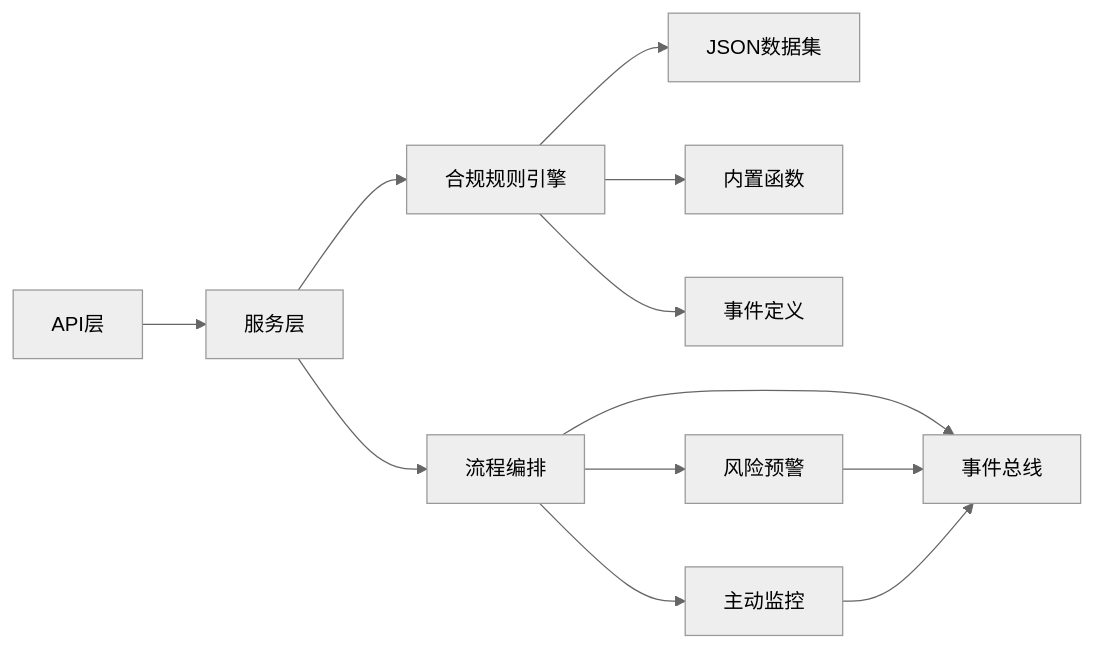
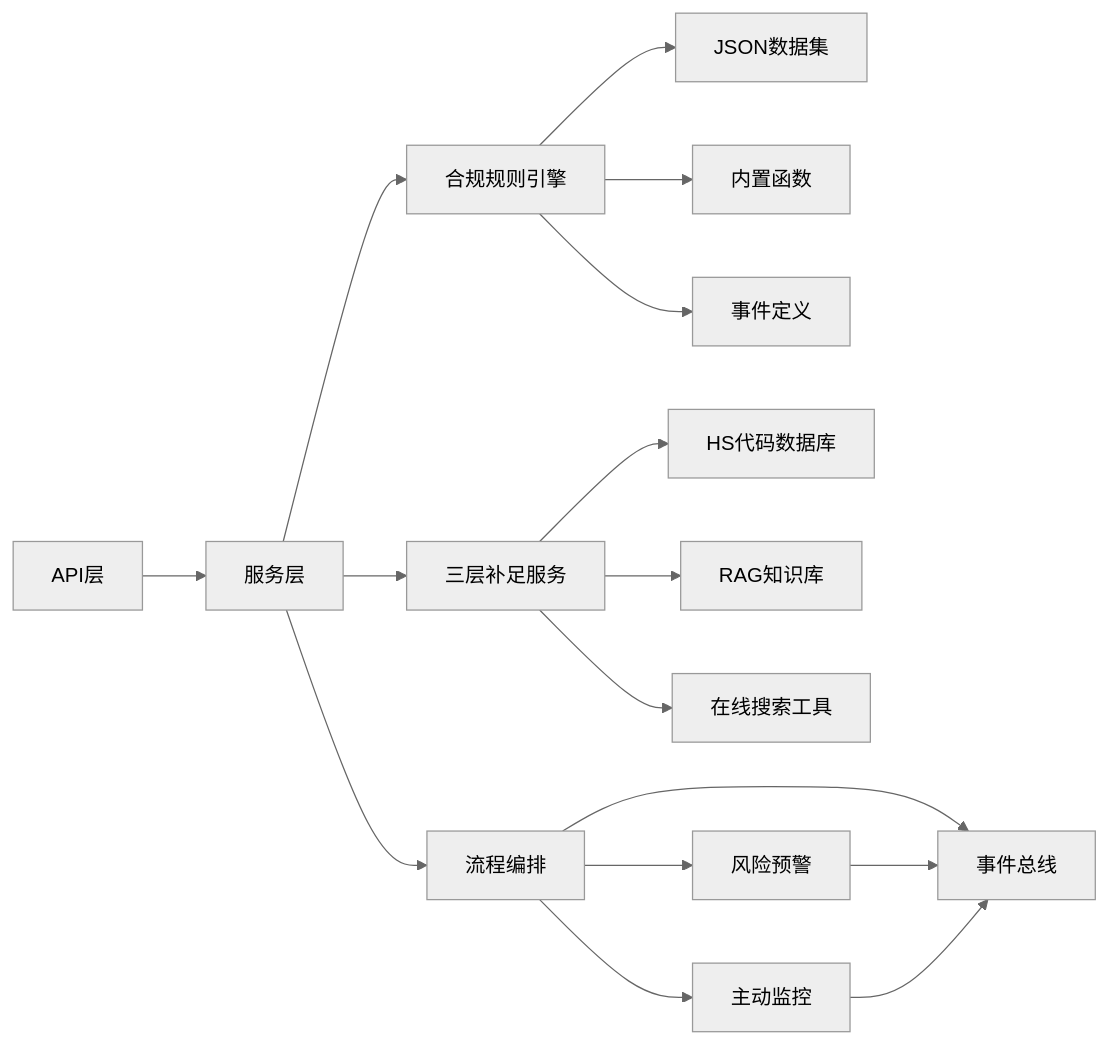
The tenth of 10 diagrams in .qoder/repowiki/zh/content/核心业务模块/合规检查系统/合规检查系统.md (angledick/-), drawn with Mermaid (neutral theme) before and after one commit. The commit also changed other lines of this file and 313 other files, not shown here.

````diff
--- a/.qoder/repowiki/zh/content/核心业务模块/合规检查系统/合规检查系统.md
+++ b/.qoder/repowiki/zh/content/核心业务模块/合规检查系统/合规检查系统.md
@@ -354,14 +425,18 @@
 ```mermaid
 graph LR
 API["API层"] --> Service["服务层"]
 Service --> Flow["流程编排"]
 Service --> Rule["合规规则引擎"]
+Service --> Enrich["三层补足服务"]
 Rule --> JSON["JSON数据集"]
 Rule --> Functions["内置函数"]
 Rule --> Events["事件定义"]
+Enrich --> HSDatabase["HS代码数据库"]
+Enrich --> RAG["RAG知识库"]
+Enrich --> Online["在线搜索工具"]
 Flow --> Event["事件总线"]
 Flow --> Risk["风险预警"]
 Flow --> Proactive["主动监控"]
 Risk --> Event
 Proactive --> Event
 ```
````
